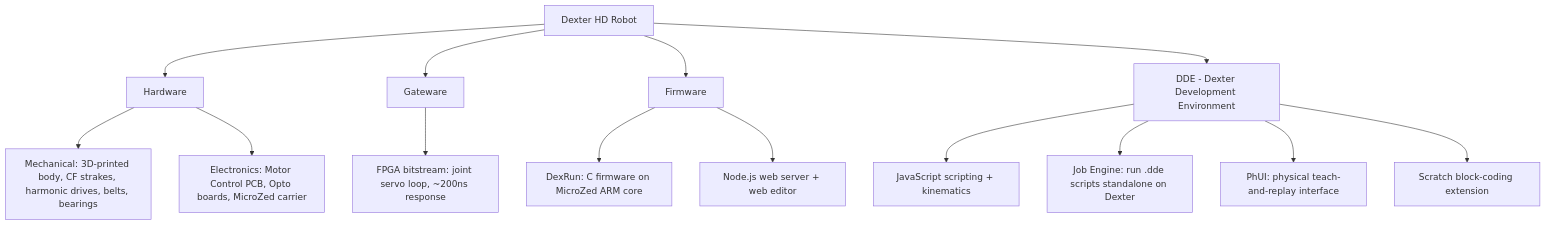
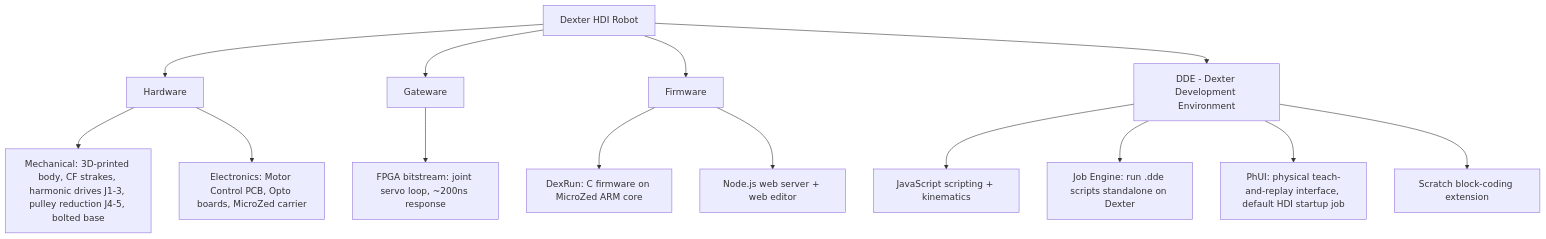
Before and after one commit to morgangalpin/Dexter: the diagram in specs/001-Overview.md, drawn with Mermaid. The commit also changed other lines of this file and 4 other files, not shown here.

First line of the commit message:
Retarget spec set to Dexter HDI; add firmware/calibration spec

````diff
--- a/specs/001-Overview.md
+++ b/specs/001-Overview.md
@@ -36,21 +98,21 @@
 ```mermaid
 graph TD
-    Dexter[Dexter HD Robot]
+    Dexter[Dexter HDI Robot]
     Dexter --> Hardware
     Dexter --> Gateware
     Dexter --> Firmware
     Dexter --> DDE[DDE - Dexter Development Environment]
 
-    Hardware --> Mechanical[Mechanical: 3D-printed body, CF strakes, harmonic drives, belts, bearings]
+    Hardware --> Mechanical[Mechanical: 3D-printed body, CF strakes, harmonic drives J1-3, pulley reduction J4-5, bolted base]
     Hardware --> Electronics[Electronics: Motor Control PCB, Opto boards, MicroZed carrier]
 
     Gateware --> FPGA[FPGA bitstream: joint servo loop, ~200ns response]
 
     Firmware --> DexRun[DexRun: C firmware on MicroZed ARM core]
     Firmware --> WebServer[Node.js web server + web editor]
 
     DDE --> Scripting[JavaScript scripting + kinematics]
     DDE --> JobEngine[Job Engine: run .dde scripts standalone on Dexter]
-    DDE --> PhUI[PhUI: physical teach-and-replay interface]
+    DDE --> PhUI[PhUI: physical teach-and-replay interface, default HDI startup job]
     DDE --> Scratch[Scratch block-coding extension]
 ```
````
